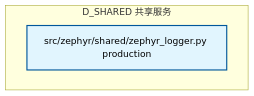
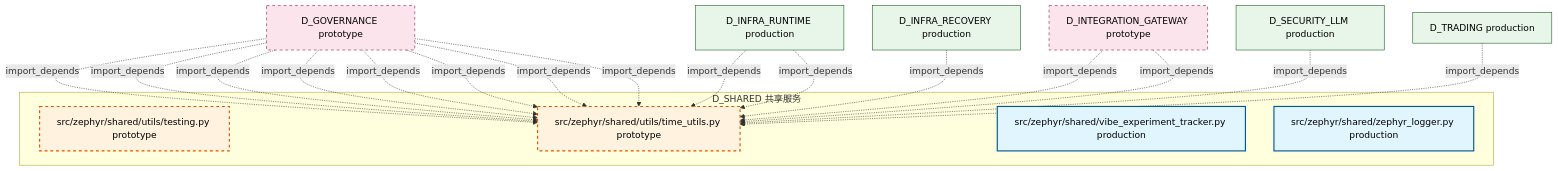
One commit to xuanFelixVan/ZephyrAlpha changed the ninth of 9 diagrams in docs/02_enterprise_architecture/02_domain_architecture_docs/20_d_shared.md. Above: the diagram before and after it, drawn with Mermaid. The commit also changed other lines of this file and 105 other files, not shown here.

````diff
--- a/docs/02_enterprise_architecture/02_domain_architecture_docs/20_d_shared.md
+++ b/docs/02_enterprise_architecture/02_domain_architecture_docs/20_d_shared.md
@@ -639,11 +671,38 @@
 ```mermaid
 graph TD
     subgraph D_SHARED["D_SHARED 共享服务"]
+        src_zephyr_shared_utils_testing_py["src/zephyr/shared/utils/testing.py prototype"]
+        src_zephyr_shared_utils_time_utils_py["src/zephyr/shared/utils/time_utils.py prototype"]
+        src_zephyr_shared_vibe_experiment_tracker_py["src/zephyr/shared/vibe_experiment_tracker.py production"]
         src_zephyr_shared_zephyr_logger_py["src/zephyr/shared/zephyr_logger.py production"]
     end
+    D_GOVERNANCE["D_GOVERNANCE prototype"]
+    D_GOVERNANCE -.->|import_depends| src_zephyr_shared_utils_time_utils_py
+    D_GOVERNANCE -.->|import_depends| src_zephyr_shared_utils_time_utils_py
+    D_GOVERNANCE -.->|import_depends| src_zephyr_shared_utils_time_utils_py
+    D_GOVERNANCE -.->|import_depends| src_zephyr_shared_utils_time_utils_py
+    D_GOVERNANCE -.->|import_depends| src_zephyr_shared_utils_time_utils_py
+    D_GOVERNANCE -.->|import_depends| src_zephyr_shared_utils_time_utils_py
+    D_GOVERNANCE -.->|import_depends| src_zephyr_shared_utils_time_utils_py
+    D_GOVERNANCE -.->|import_depends| src_zephyr_shared_utils_time_utils_py
+    D_INFRA_RUNTIME["D_INFRA_RUNTIME production"]
+    D_INFRA_RUNTIME -.->|import_depends| src_zephyr_shared_utils_time_utils_py
+    D_INFRA_RUNTIME -.->|import_depends| src_zephyr_shared_utils_time_utils_py
+    D_INFRA_RECOVERY["D_INFRA_RECOVERY production"]
+    D_INFRA_RECOVERY -.->|import_depends| src_zephyr_shared_utils_time_utils_py
+    D_INTEGRATION_GATEWAY["D_INTEGRATION_GATEWAY prototype"]
+    D_INTEGRATION_GATEWAY -.->|import_depends| src_zephyr_shared_utils_time_utils_py
+    D_INTEGRATION_GATEWAY -.->|import_depends| src_zephyr_shared_utils_time_utils_py
+    D_SECURITY_LLM["D_SECURITY_LLM production"]
+    D_SECURITY_LLM -.->|import_depends| src_zephyr_shared_utils_time_utils_py
+    D_TRADING["D_TRADING production"]
+    D_TRADING -.->|import_depends| src_zephyr_shared_utils_time_utils_py
     classDef production fill:#e1f5fe,stroke:#01579b,stroke-width:2px,color:#000
     classDef design fill:#fff3e0,stroke:#e65100,stroke-width:2px,color:#000,stroke-dasharray: 5 5
     classDef external_prod fill:#e8f5e9,stroke:#1b5e20,stroke-width:1px,color:#000
     classDef external_design fill:#fce4ec,stroke:#880e4f,stroke-width:1px,color:#000,stroke-dasharray: 5 5
-    class src_zephyr_shared_zephyr_logger_py production
+    class src_zephyr_shared_vibe_experiment_tracker_py,src_zephyr_shared_zephyr_logger_py production
+    class src_zephyr_shared_utils_testing_py,src_zephyr_shared_utils_time_utils_py design
+    class D_INFRA_RUNTIME,D_INFRA_RECOVERY,D_SECURITY_LLM,D_TRADING external_prod
+    class D_GOVERNANCE,D_INTEGRATION_GATEWAY external_design
 ```
````
